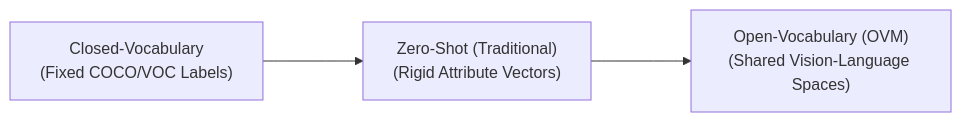
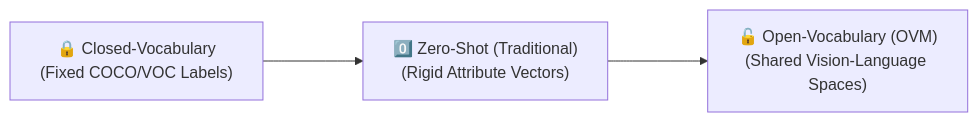
Before and after one commit to ishandutta2007/Awesome-Open-Vocabulary-Models: the diagram in README.md, drawn with Mermaid. The commit also changed other lines of this file and 2 other files, not shown here.

````diff
--- a/README.md
+++ b/README.md
@@ -11,5 +26,5 @@
 ```mermaid
 flowchart LR
-    A["Closed-Vocabulary<br/>(Fixed COCO/VOC Labels)"] ---> B["Zero-Shot (Traditional)<br/>(Rigid Attribute Vectors)"] 
-    B ---> C["Open-Vocabulary (OVM)<br/>(Shared Vision-Language Spaces)"] 
+    A["🔒 Closed-Vocabulary<br/>(Fixed COCO/VOC Labels)"] ---> B["0️⃣ Zero-Shot (Traditional)<br/>(Rigid Attribute Vectors)"] 
+    B ---> C["🔓 Open-Vocabulary (OVM)<br/>(Shared Vision-Language Spaces)"] 
 ```
````
